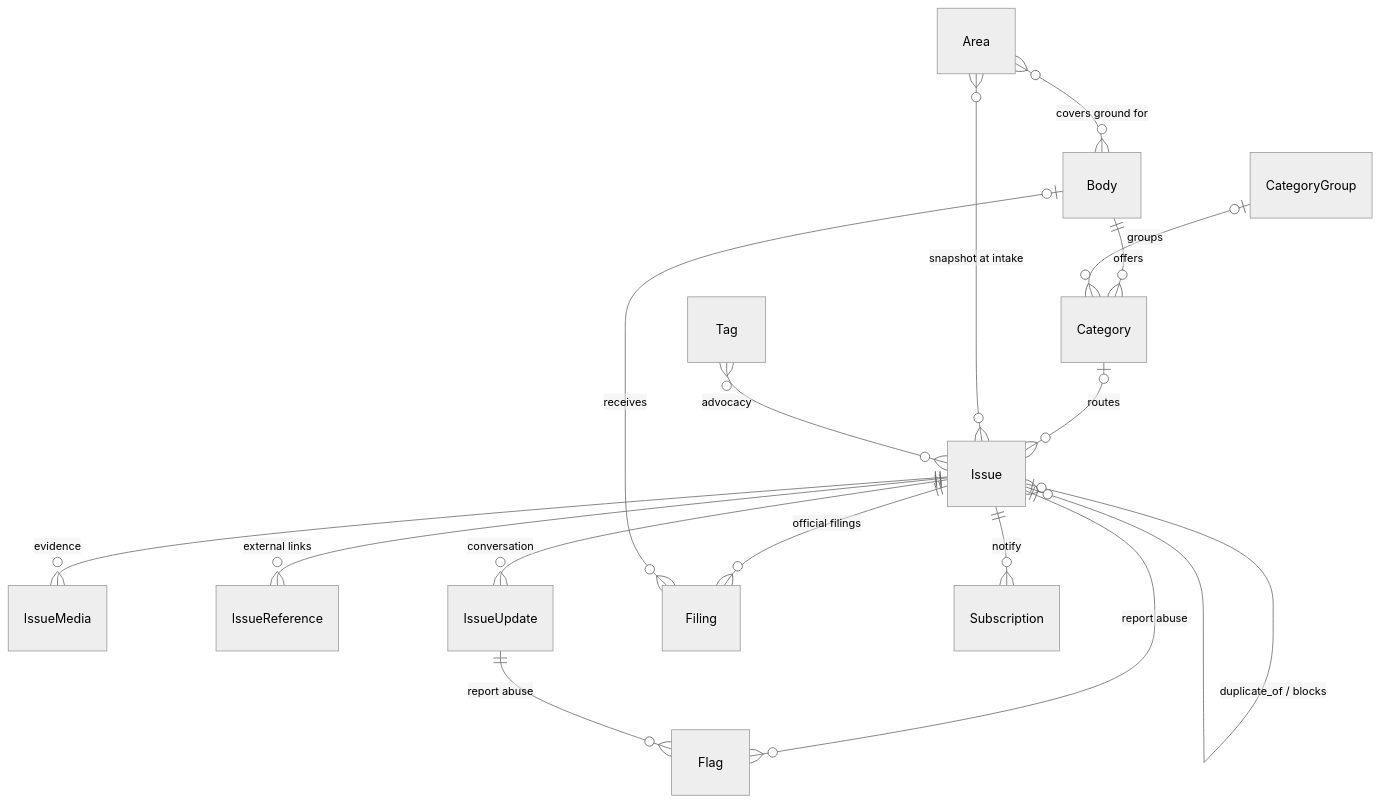
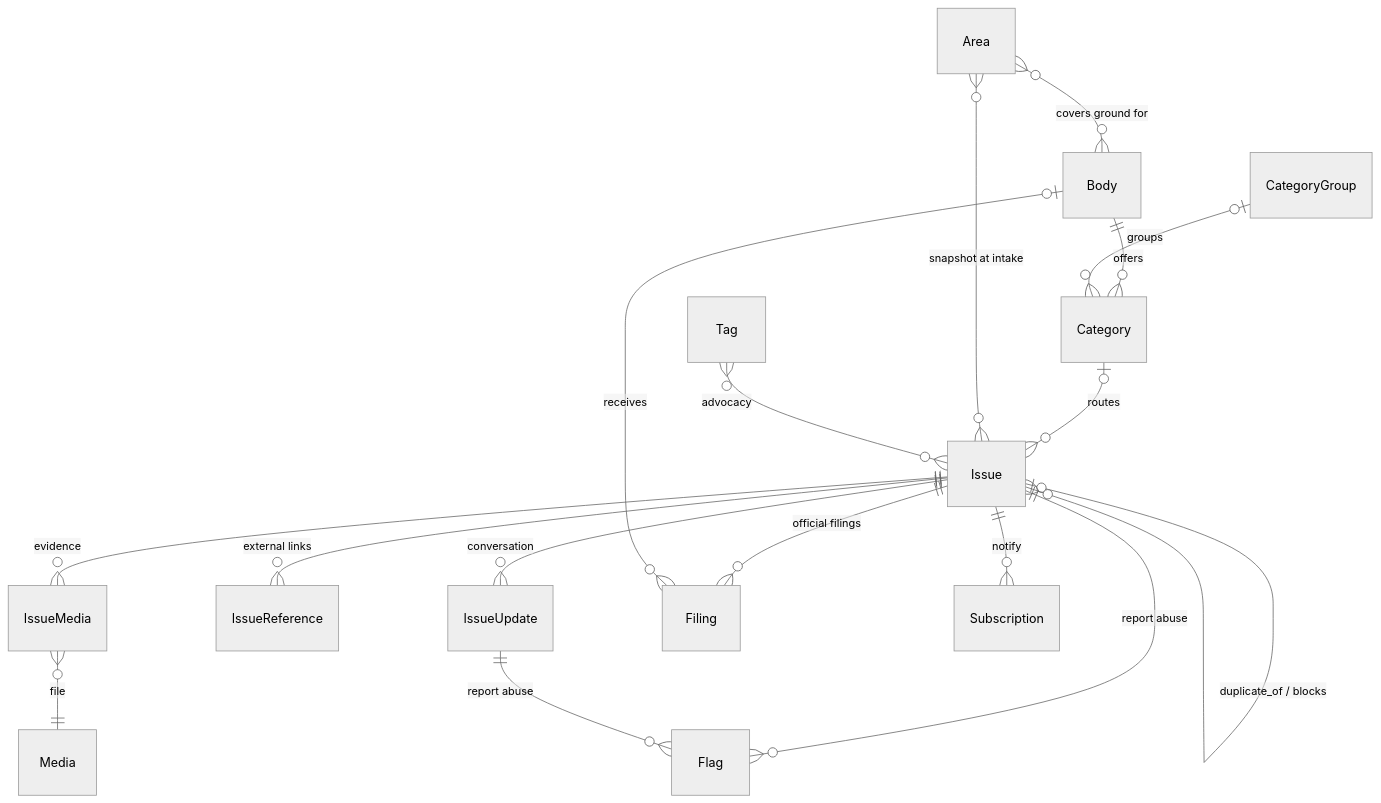
The diagram in docs/WALKTHROUGH.md (pleasefix-1/pleasefix), drawn with Mermaid (neutral theme) before and after one commit. The commit also changed other lines of this file and 13 other files, not shown here.

````diff
--- a/docs/WALKTHROUGH.md
+++ b/docs/WALKTHROUGH.md
@@ -90,18 +90,19 @@
 ```mermaid
 erDiagram
     Area }o--o{ Body : "covers ground for"
     Body ||--o{ Category : "offers"
     CategoryGroup |o--o{ Category : "groups"
     Category |o--o{ Issue : "routes"
     Area }o--o{ Issue : "snapshot at intake"
     Tag }o--o{ Issue : "advocacy"
     Issue ||--o{ IssueMedia : "evidence"
+    IssueMedia }o--|| Media : "file"
     Issue ||--o{ IssueReference : "external links"
     Issue ||--o{ IssueUpdate : "conversation"
     Issue ||--o{ Filing : "official filings"
     Body |o--o{ Filing : "receives"
     Issue ||--o{ Flag : "report abuse"
     IssueUpdate ||--o{ Flag : "report abuse"
     Issue |o--o{ Issue : "duplicate_of / blocks"
     Issue ||--o{ Subscription : "notify"
 ```
````
